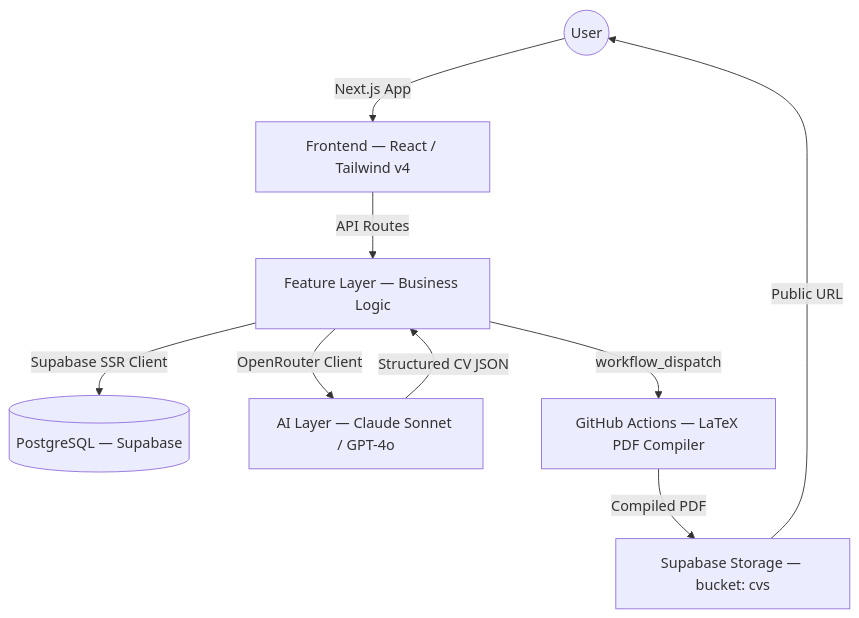
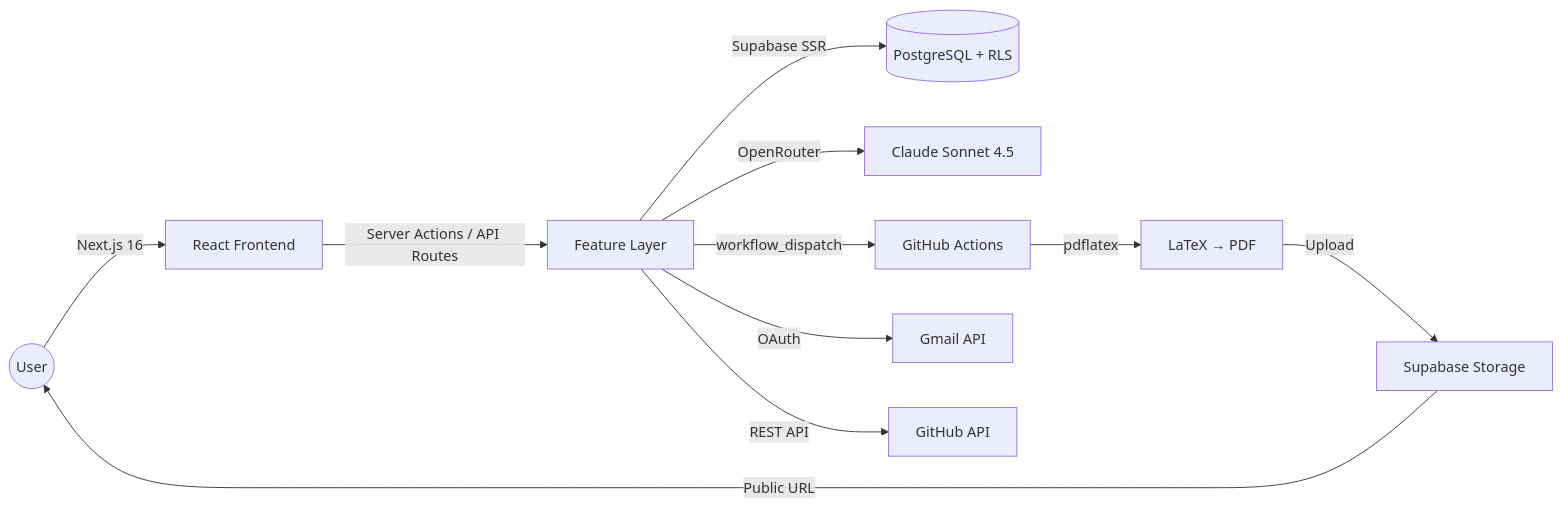
One commit to AliAbdallah21/qalm changed the diagram in README.md. Above: the diagram before and after it, drawn with Mermaid. The commit also changed other lines of this file, not shown here.

````diff
--- a/README.md
+++ b/README.md
@@ -37,11 +84,13 @@
 ```mermaid
-graph TD
-    User((User)) -->|Next.js App| Frontend[Frontend — React / Tailwind v4]
-    Frontend -->|API Routes| Features[Feature Layer — Business Logic]
-    Features -->|Supabase SSR Client| DB[(PostgreSQL — Supabase)]
-    Features -->|OpenRouter Client| AI[AI Layer — Claude Sonnet / GPT-4o]
-    Features -->|workflow_dispatch| GHA[GitHub Actions — LaTeX PDF Compiler]
-    AI -->|Structured CV JSON| Features
-    GHA -->|Compiled PDF| Storage[Supabase Storage — bucket: cvs]
+graph LR
+    User((User)) -->|Next.js 16| UI[React Frontend]
+    UI -->|Server Actions / API Routes| Features[Feature Layer]
+    Features -->|Supabase SSR| DB[(PostgreSQL + RLS)]
+    Features -->|OpenRouter| AI[Claude Sonnet 4.5]
+    Features -->|workflow_dispatch| GHA[GitHub Actions]
+    GHA -->|pdflatex| PDF[LaTeX → PDF]
+    PDF -->|Upload| Storage[Supabase Storage]
     Storage -->|Public URL| User
+    Features -->|OAuth| Gmail[Gmail API]
+    Features -->|REST API| GitHub[GitHub API]
 ```
````
